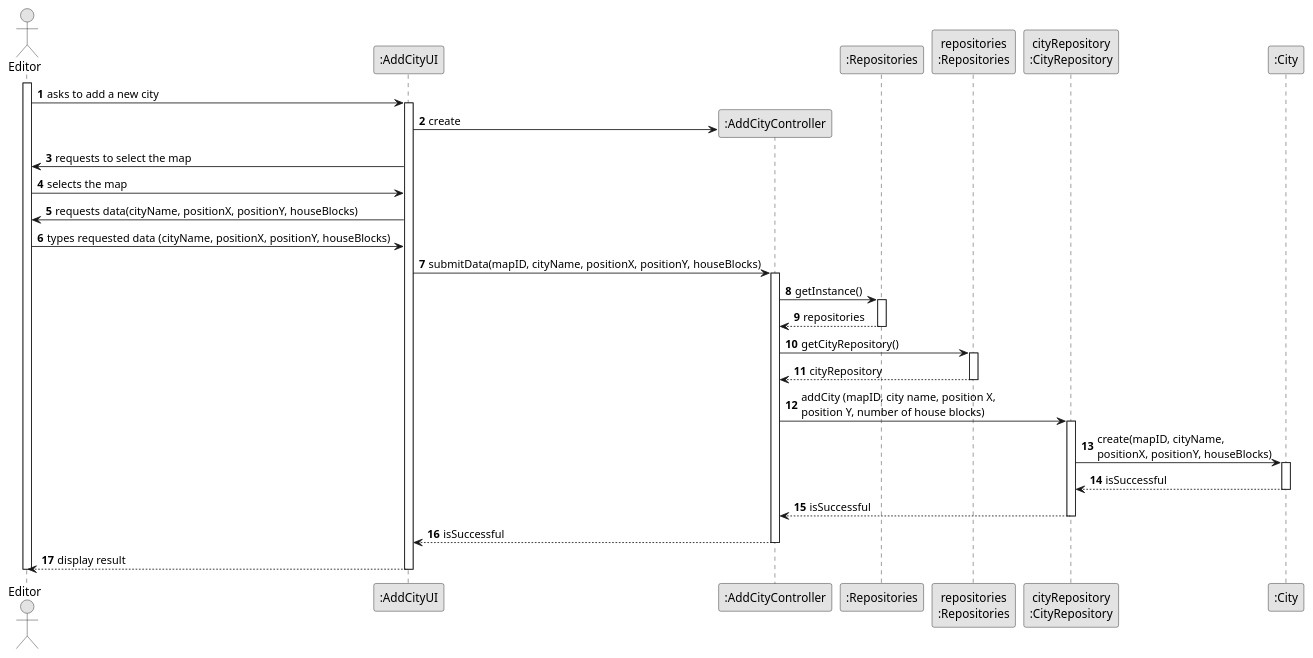
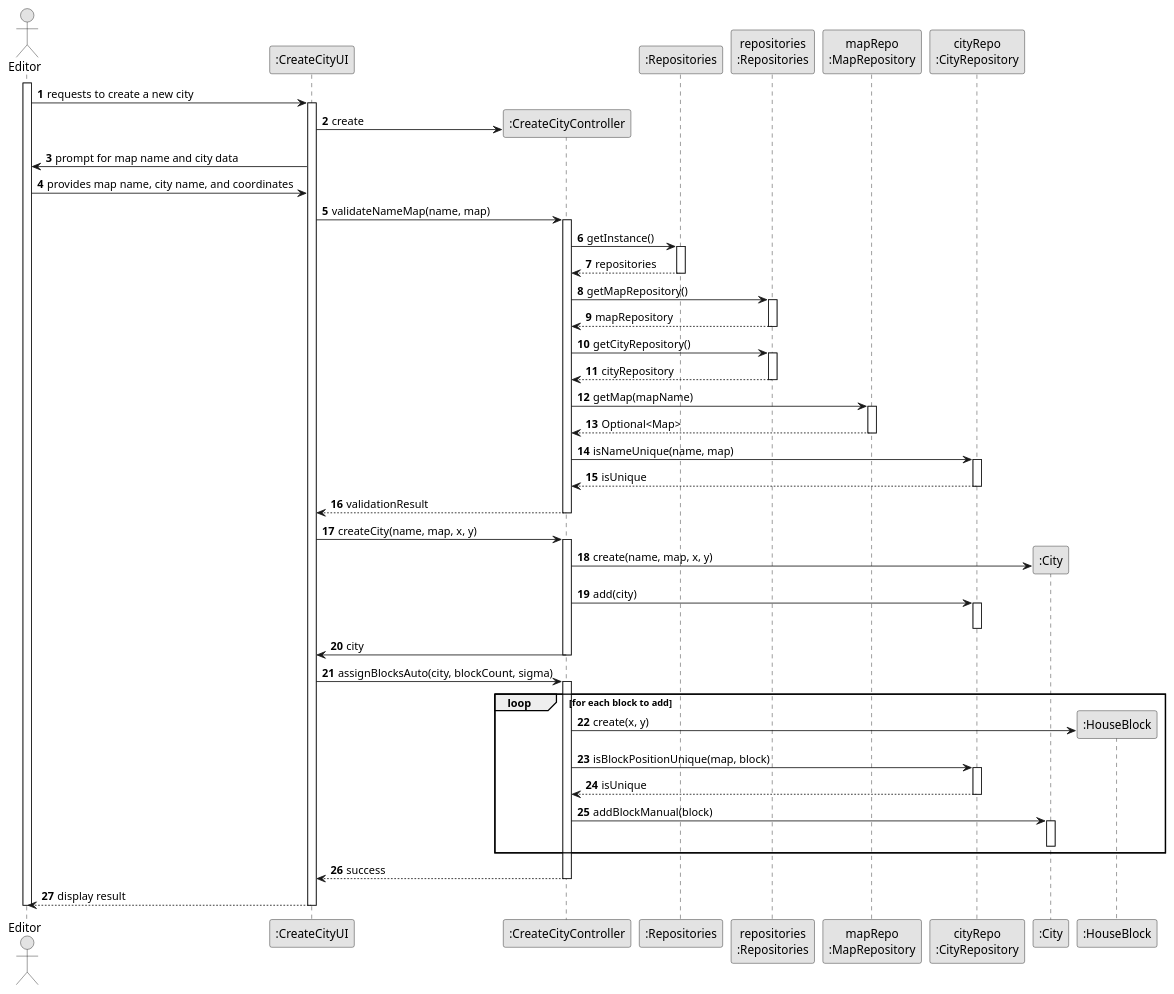
The diagram in docs/sprint2/us003/03.design/puml/us003-sequence-diagram-full.puml (ivasduarte/all-aboard), drawn with PlantUML before and after one commit. The commit also changed 7 other files, not shown here.

Commit message:
US003/009(docs): updated class diagrams and sequence diagrams according to the code

```diff
--- a/docs/sprint2/us003/03.design/puml/us003-sequence-diagram-full.puml
+++ b/docs/sprint2/us003/03.design/puml/us003-sequence-diagram-full.puml
@@ -1,64 +1,92 @@
 @startuml
 skinparam monochrome true
 skinparam packageStyle rectangle
 skinparam shadowing false
 
 autonumber
 
-
 actor "Editor" as Editor
-participant ":AddCityUI" as UI
-participant ":AddCityController" as CTRL
-participant ":Repositories" as RepositorySingleton
+participant ":CreateCityUI" as UI
+participant ":CreateCityController" as CTRL
+participant ":Repositories" as reps
 participant "repositories\n:Repositories" as PLAT
-participant "cityRepository\n:CityRepository" as cityRepository
+participant "mapRepo\n:MapRepository" as mapRepo
+participant "cityRepo\n:CityRepository" as cityRepo
 participant ":City" as City
-
+participant ":HouseBlock" as HouseBlock
 
 activate Editor
 
-Editor -> UI : asks to add a new city
+Editor -> UI : requests to create a new city
 
 activate UI
 UI -> CTRL** : create
 
-UI -> Editor: requests to select the map
-Editor -> UI: selects the map
-UI -> Editor : requests data(cityName, positionX, positionY, houseBlocks)
-Editor -> UI : types requested data (cityName, positionX, positionY, houseBlocks)
-UI -> CTRL : submitData(mapID, cityName, positionX, positionY, houseBlocks)
+UI -> Editor : prompt for map name and city data
+Editor -> UI : provides map name, city name, and coordinates
+UI -> CTRL : validateNameMap(name, map)
 
 activate CTRL
 
-CTRL -> RepositorySingleton : getInstance()
-activate RepositorySingleton
+CTRL -> reps : getInstance()
+activate reps
+reps --> CTRL : repositories
+deactivate reps
 
-RepositorySingleton --> CTRL: repositories
-deactivate RepositorySingleton
+CTRL -> PLAT : getMapRepository()
+activate PLAT
+PLAT --> CTRL : mapRepository
+deactivate PLAT
 
 CTRL -> PLAT : getCityRepository()
 activate PLAT
-
-PLAT --> CTRL: cityRepository
+PLAT --> CTRL : cityRepository
 deactivate PLAT
 
-CTRL -> cityRepository : addCity (mapID, city name, position X,\nposition Y, number of house blocks)
-activate cityRepository
+CTRL -> mapRepo : getMap(mapName)
+activate mapRepo
+mapRepo --> CTRL : Optional<Map>
+deactivate mapRepo
 
-cityRepository -> City : create(mapID, cityName,\npositionX, positionY, houseBlocks)
-activate City
+CTRL -> cityRepo : isNameUnique(name, map)
+activate cityRepo
+cityRepo --> CTRL : isUnique
+deactivate cityRepo
 
-City --> cityRepository : isSuccessful
-deactivate City
+CTRL --> UI : validationResult
+deactivate CTRL
 
-cityRepository --> CTRL : isSuccessful
-deactivate cityRepository
+UI -> CTRL : createCity(name, map, x, y)
+activate CTRL
 
-CTRL --> UI : isSuccessful
+CTRL -> City** : create(name, map, x, y)
+
+CTRL -> cityRepo : add(city)
+activate cityRepo
+deactivate cityRepo
+
+CTRL -> UI : city
+deactivate CTRL
+
+UI -> CTRL : assignBlocksAuto(city, blockCount, sigma)
+activate CTRL
+
+loop for each block to add
+  CTRL -> HouseBlock** : create(x, y) 
+  CTRL -> cityRepo : isBlockPositionUnique(map, block)
+  activate cityRepo
+  cityRepo --> CTRL : isUnique
+  deactivate cityRepo
+  CTRL -> City : addBlockManual(block)
+  activate City
+  deactivate City
+end
+
+CTRL --> UI : success
 deactivate CTRL
 
 UI --> Editor : display result
 deactivate UI
 deactivate Editor
 
 @enduml
```
